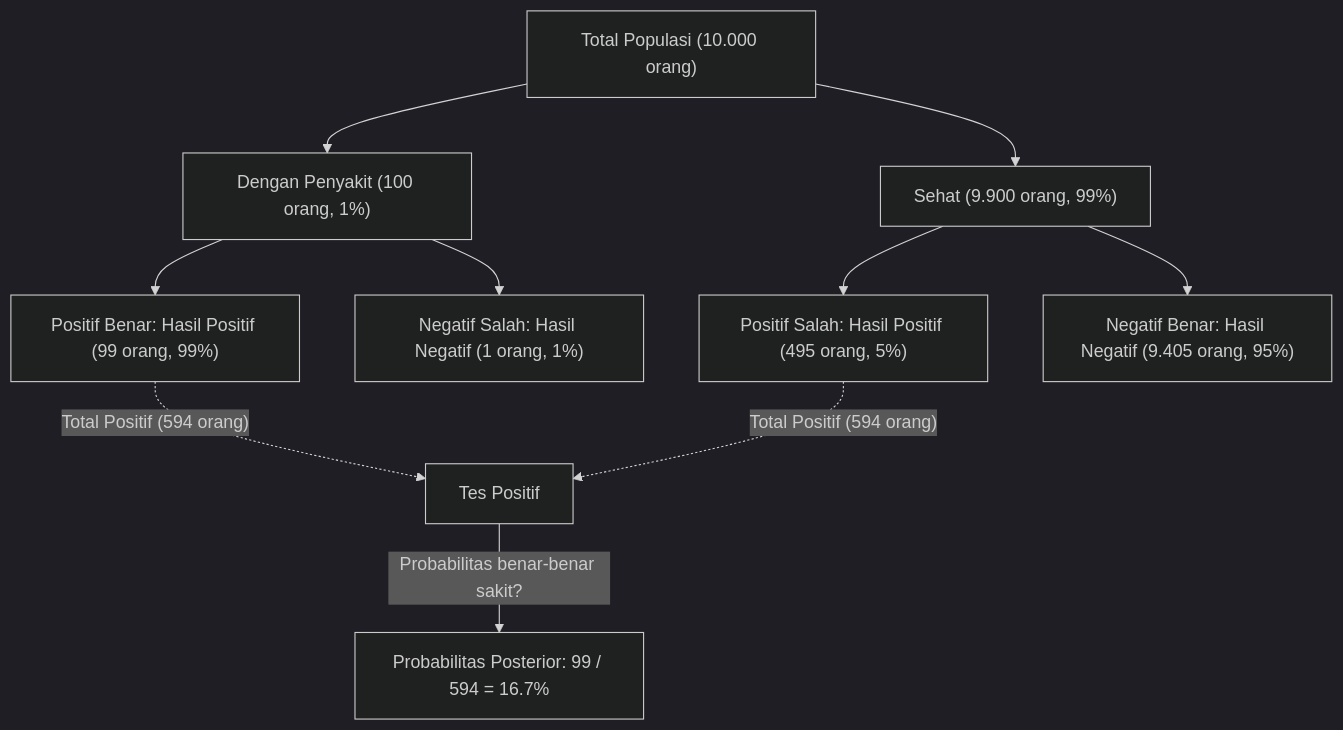
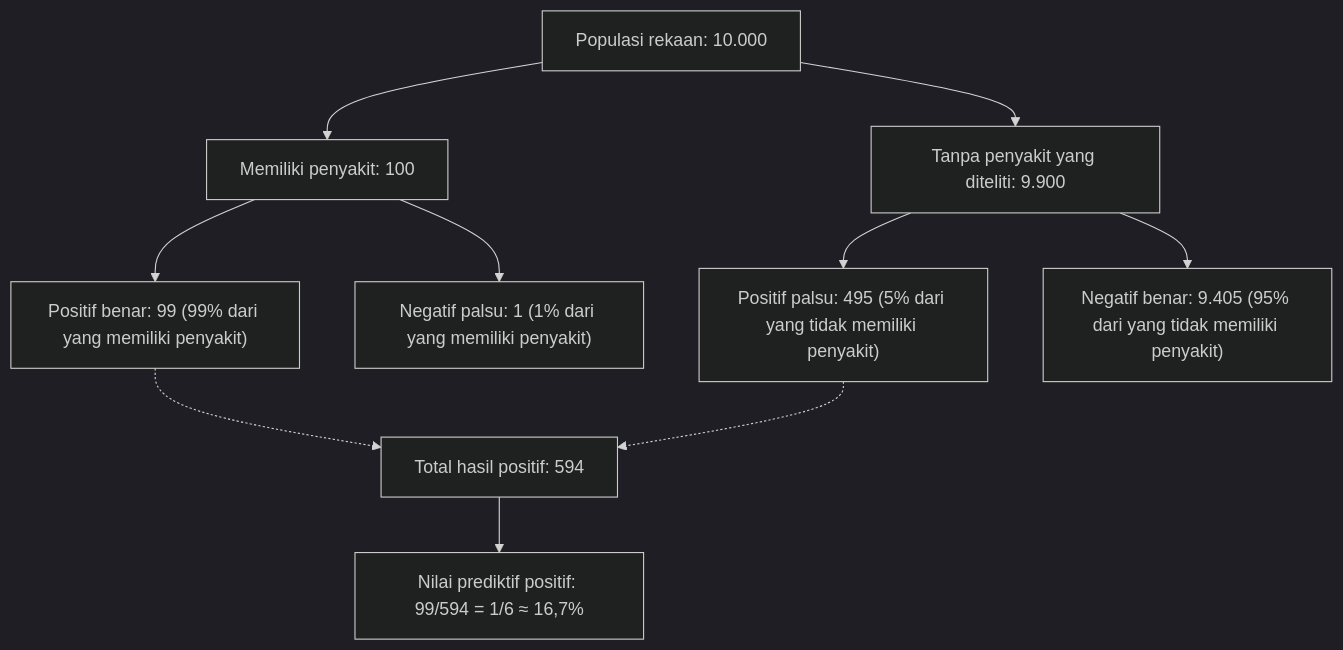
One commit to kenjinote/blog changed the first of 2 diagrams in content/post/bayes-theorem/index.id.md. Above: the diagram before and after it, drawn with Mermaid (dark theme). The commit also changed other lines of this file and 10 other files, not shown here.

````diff
--- a/content/post/bayes-theorem/index.id.md
+++ b/content/post/bayes-theorem/index.id.md
@@ -83,16 +114,12 @@
 ```mermaid
 flowchart TD
-    Population["Total Populasi (10.000 orang)"] --> Disease["Dengan Penyakit (100 orang, 1%)"]
-    Population --> Healthy["Sehat (9.900 orang, 99%)"]
-    
-    Disease --> TruePositive["Positif Benar: Hasil Positif (99 orang, 99%)"]
-    Disease --> FalseNegative["Negatif Salah: Hasil Negatif (1 orang, 1%)"]
-    
-    Healthy --> FalsePositive["Positif Salah: Hasil Positif (495 orang, 5%)"]
-    Healthy --> TrueNegative["Negatif Benar: Hasil Negatif (9.405 orang, 95%)"]
-
-    TruePositive -.->|"Total Positif (594 orang)"| AllPositives["Tes Positif"]
-    FalsePositive -.->|"Total Positif (594 orang)"| AllPositives
-    
-    AllPositives -->|"Probabilitas benar-benar sakit?"| Posterior["Probabilitas Posterior: 99 / 594 = 16.7%"]
+    Population["Populasi rekaan: 10.000"] --> Disease["Memiliki penyakit: 100"]
+    Population --> NoDisease["Tanpa penyakit yang diteliti: 9.900"]
+    Disease --> TP["Positif benar: 99 (99% dari yang memiliki penyakit)"]
+    Disease --> FN["Negatif palsu: 1 (1% dari yang memiliki penyakit)"]
+    NoDisease --> FP["Positif palsu: 495 (5% dari yang tidak memiliki penyakit)"]
+    NoDisease --> TN["Negatif benar: 9.405 (95% dari yang tidak memiliki penyakit)"]
+    TP -.-> AllPositive["Total hasil positif: 594"]
+    FP -.-> AllPositive
+    AllPositive --> PPV["Nilai prediktif positif: 99/594 = 1/6 ≈ 16,7%"]
 ```
````
